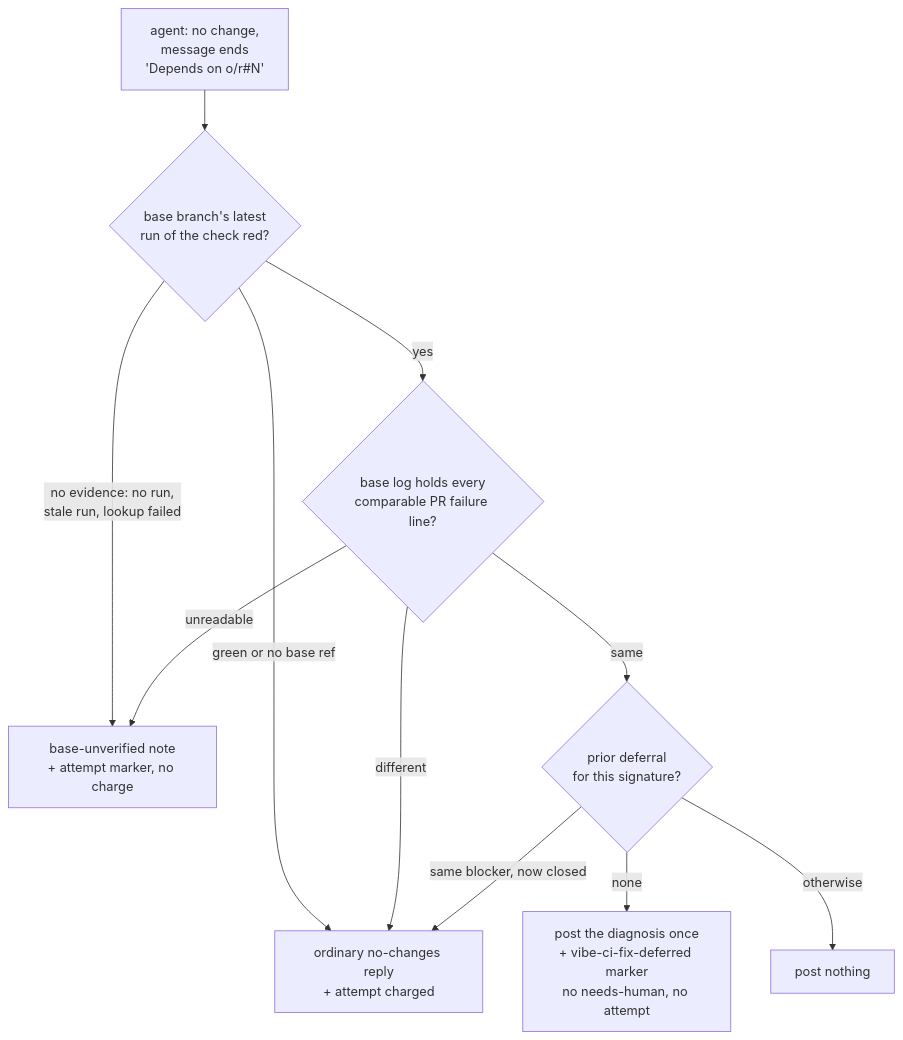
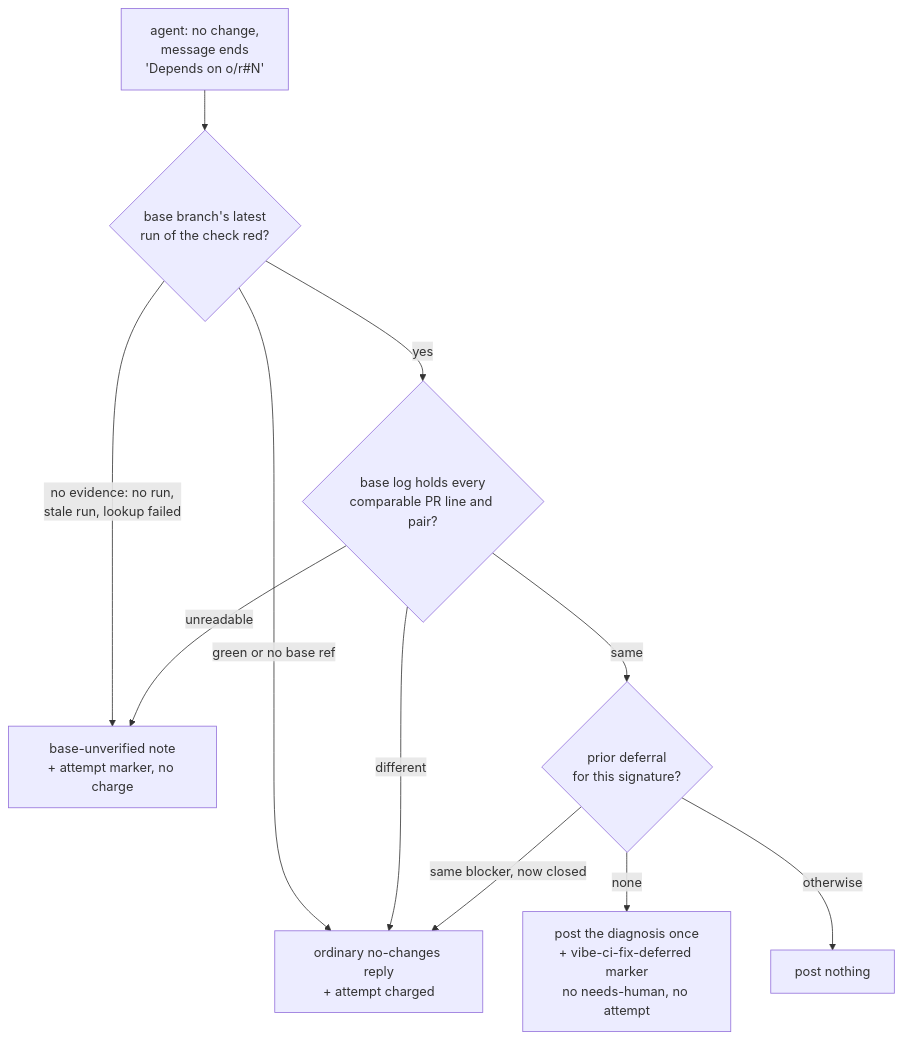
The fifth of 8 diagrams in docs/workflows/ci-fix.md (stSoftwareAU/VibeCoder), drawn with Mermaid before and after one commit. The commit also changed other lines of this file and 5 other files, not shown here.

````diff
--- a/docs/workflows/ci-fix.md
+++ b/docs/workflows/ci-fix.md
@@ -674,13 +674,13 @@
 ```mermaid
 flowchart TD
     A["agent: no change,<br/>message ends<br/>'Depends on o/r#N'"] --> B{"base branch's latest<br/>run of the check red?"}
     B -->|"green or no base ref"| D["ordinary no-changes reply<br/>+ attempt charged"]
     B -->|"no evidence: no run,<br/>stale run, lookup failed"| U["base-unverified note<br/>+ attempt marker, no charge"]
-    B -->|yes| S{"base log holds every<br/>comparable PR failure line?"}
+    B -->|yes| S{"base log holds every<br/>comparable PR line and pair?"}
     S -->|same| P{"prior deferral<br/>for this signature?"}
     S -->|different| D
     S -->|unreadable| U
     P -->|none| C["post the diagnosis once<br/>+ vibe-ci-fix-deferred marker<br/>no needs-human, no attempt"]
     P -->|"same blocker, now closed"| D
     P -->|otherwise| N["post nothing"]
 ```
````
